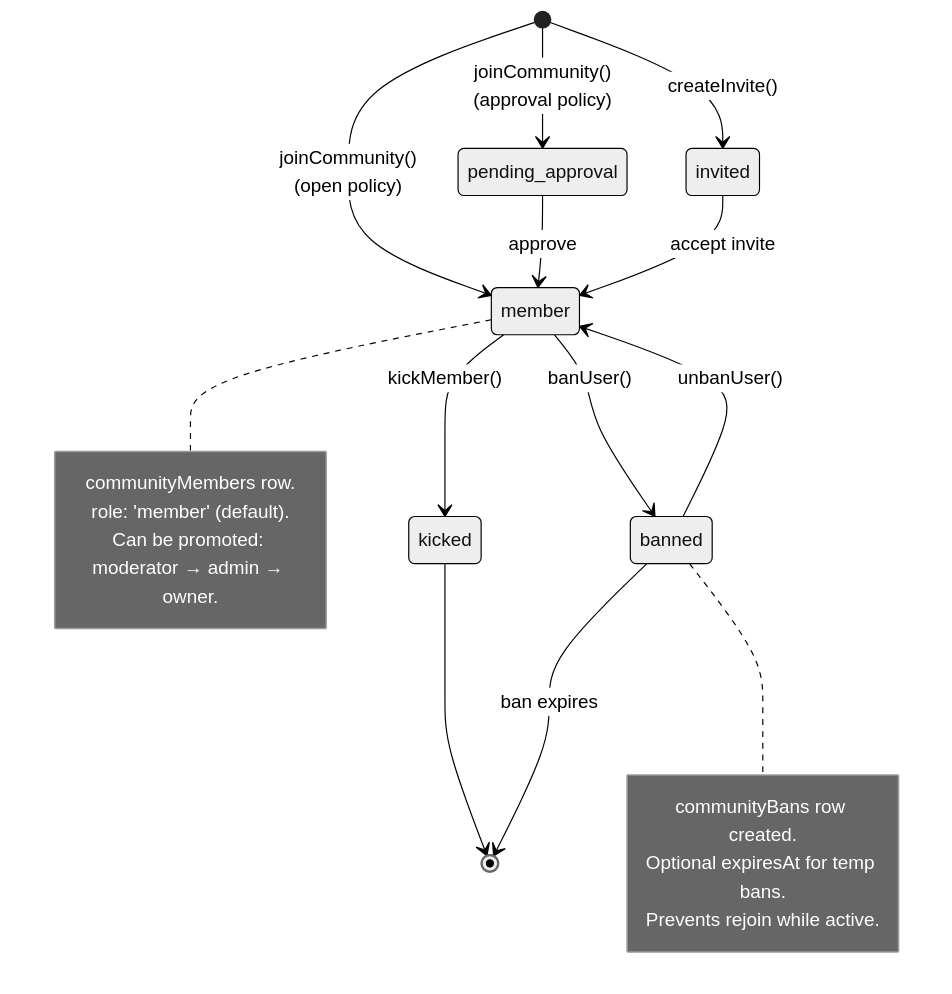
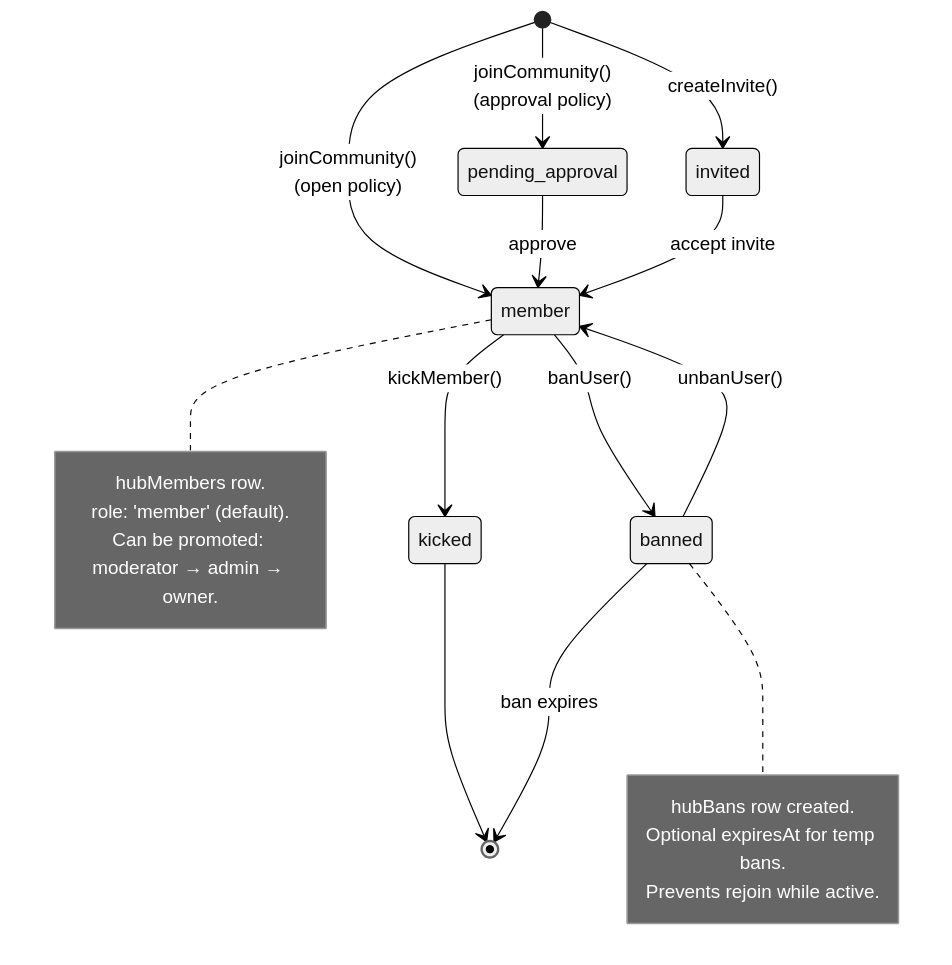
The eighth of 11 diagrams in docs/reference/architecture.md (snaplify/snaplify), drawn with Mermaid (neutral theme) before and after one commit. The commit also changed other lines of this file and 636 other files, not shown here.

````diff
--- a/docs/reference/architecture.md
+++ b/docs/reference/architecture.md
@@ -243,25 +243,25 @@
 ```mermaid
 stateDiagram-v2
     [*] --> member: joinCommunity()<br/>(open policy)
     [*] --> pending_approval: joinCommunity()<br/>(approval policy)
     [*] --> invited: createInvite()
     pending_approval --> member: approve
     invited --> member: accept invite
     member --> kicked: kickMember()
     member --> banned: banUser()
     kicked --> [*]
     banned --> member: unbanUser()
     banned --> [*]: ban expires
 
     note right of member
-        communityMembers row.
+        hubMembers row.
         role: 'member' (default).
         Can be promoted: moderator → admin → owner.
     end note
 
     note right of banned
-        communityBans row created.
+        hubBans row created.
         Optional expiresAt for temp bans.
         Prevents rejoin while active.
     end note
 ```
````
